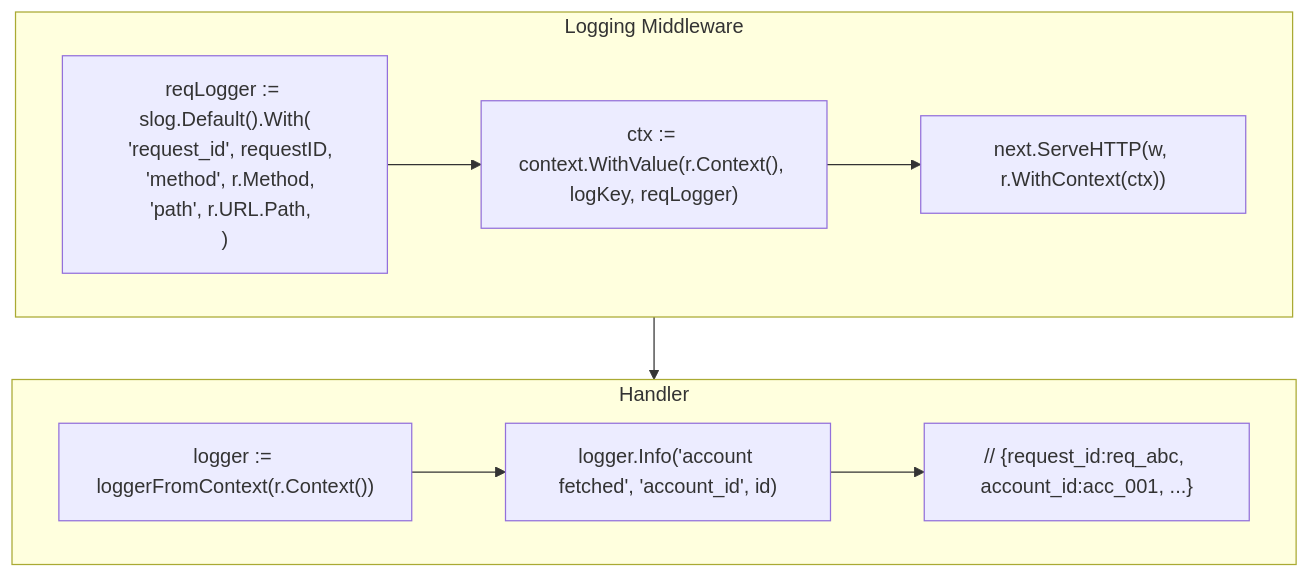
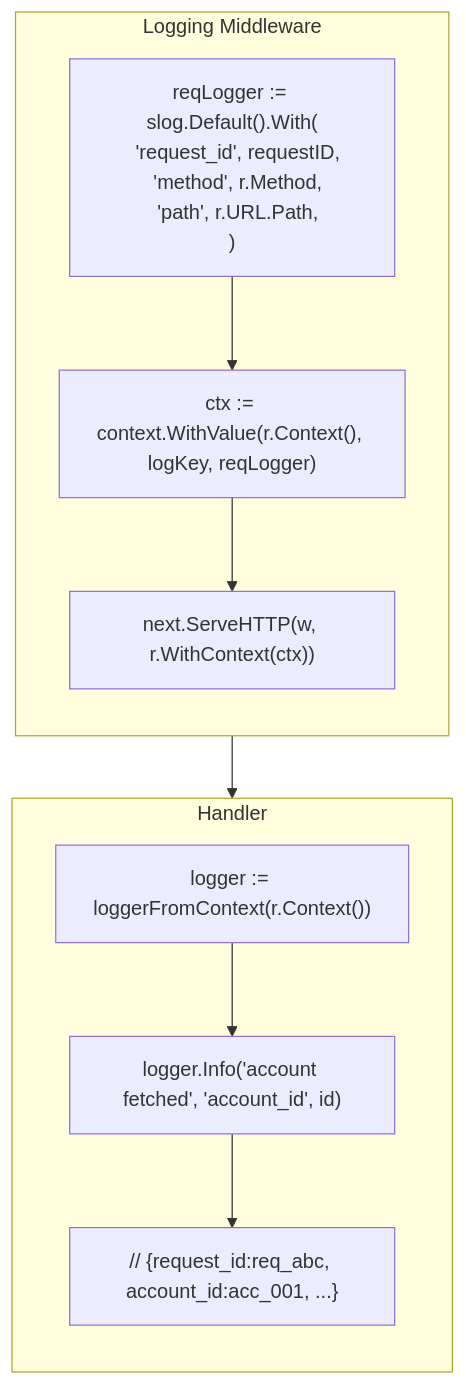
Before and after one commit to romangurevitch/GoTraining: the seventh of 8 diagrams in internal/fundamentals/security-and-observability/03-structured-logging-slog.md, drawn with Mermaid. The commit also changed other lines of this file and 20 other files, not shown here.

````diff
--- a/internal/fundamentals/security-and-observability/03-structured-logging-slog.md
+++ b/internal/fundamentals/security-and-observability/03-structured-logging-slog.md
@@ -152,18 +166,20 @@
 ```mermaid
-graph TB
+graph TD
     subgraph Middleware["Logging Middleware"]
+        direction TB
         M1["reqLogger := slog.Default().With(<br/>  'request_id', requestID,<br/>  'method', r.Method,<br/>  'path', r.URL.Path,<br/>)"]
         M2["ctx := context.WithValue(r.Context(), logKey, reqLogger)"]
         M3["next.ServeHTTP(w, r.WithContext(ctx))"]
         M1 --> M2 --> M3
     end
 
+    Middleware --> Handler
+
     subgraph Handler["Handler"]
+        direction TB
         H1["logger := loggerFromContext(r.Context())"]
         H2["logger.Info('account fetched', 'account_id', id)"]
         H3["// {request_id:req_abc, account_id:acc_001, ...}"]
         H1 --> H2 --> H3
     end
-
-    Middleware --> Handler
 ```
````
